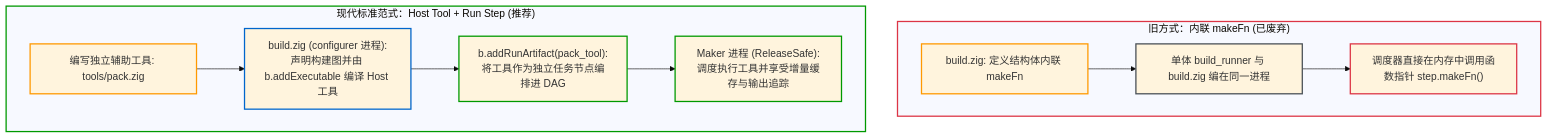
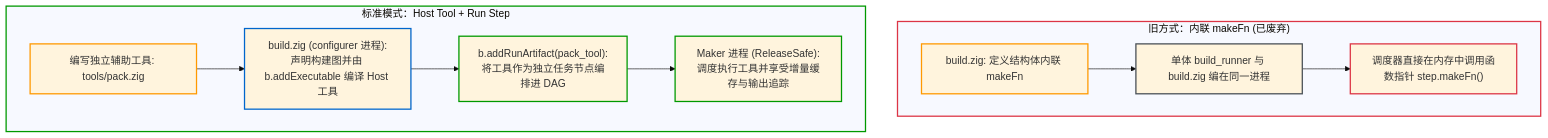
One commit to jiacai2050/x changed the first of 2 diagrams in zig-build/src/api/custom-steps.md. Above: the diagram before and after it, drawn with Mermaid (base theme). The commit also changed other lines of this file and 19 other files, not shown here.

````diff
--- a/zig-build/src/api/custom-steps.md
+++ b/zig-build/src/api/custom-steps.md
@@ -22,29 +22,29 @@
 ```mermaid
 flowchart TD
     subgraph Legacy ["旧方式：内联 makeFn (已废弃)"]
         L_Build["build.zig: 定义结构体内联 makeFn"]
         L_Runner["单体 build_runner 与 build.zig 编在同一进程"]
         L_Call["调度器直接在内存中调用函数指针 step.makeFn()"]
         L_Build --> L_Runner --> L_Call
     end
 
-    subgraph Modern ["现代标准范式：Host Tool + Run Step (推荐)"]
+    subgraph Modern ["标准模式：Host Tool + Run Step"]
         M_Tool["编写独立辅助工具: tools/pack.zig"]
         M_Conf["build.zig (configurer 进程):<br/>声明构建图并由 b.addExecutable 编译 Host 工具"]
         M_Run["b.addRunArtifact(pack_tool):<br/>将工具作为独立任务节点编排进 DAG"]
         M_Maker["Maker 进程 (ReleaseSafe):<br/>调度执行工具并享受增量缓存与输出追踪"]
 
         M_Tool --> M_Conf
         M_Conf --> M_Run --> M_Maker
     end
 
     style Legacy stroke:#dc3545,stroke-width:2px;
     style Modern stroke:#009900,stroke-width:2px;
     style L_Build stroke:#ff9900,stroke-width:2px;
     style L_Runner stroke:#495057,stroke-width:2px;
     style L_Call stroke:#dc3545,stroke-width:2px;
     style M_Tool stroke:#ff9900,stroke-width:2px;
     style M_Conf stroke:#0066cc,stroke-width:2px;
     style M_Run stroke:#009900,stroke-width:2px;
     style M_Maker stroke:#009900,stroke-width:2px;
 ```
````
